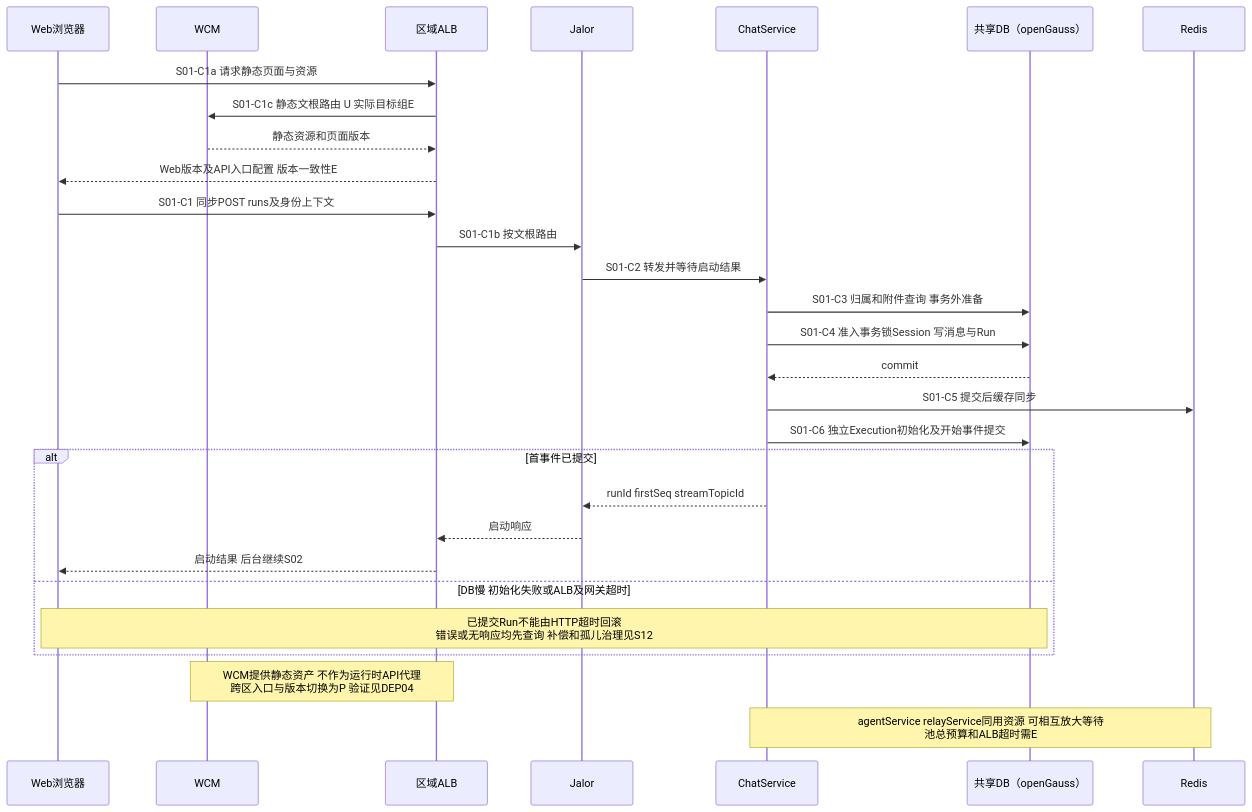
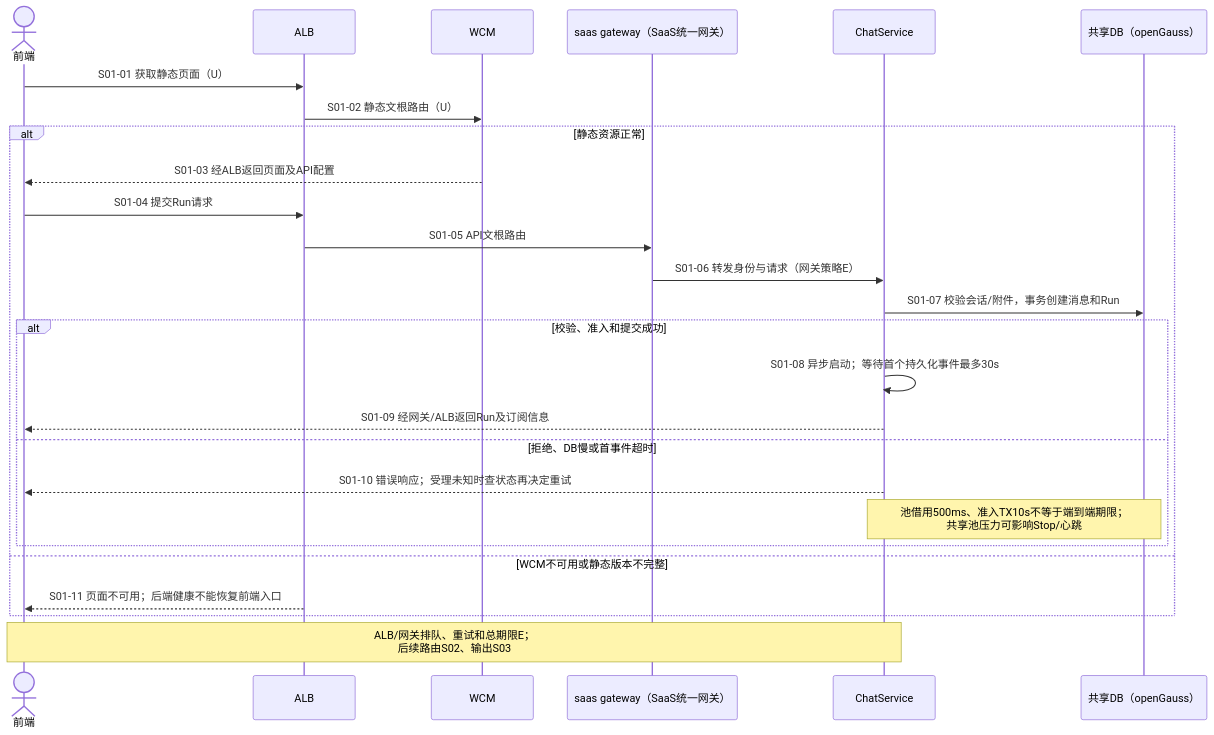
Before and after one commit to kunben-duck/exweb: the first of 12 diagrams in docs/architecture/high-availability/scenarios.md, drawn with Mermaid. The commit also changed other lines of this file and 8 other files, not shown here.

````diff
--- a/docs/architecture/high-availability/scenarios.md
+++ b/docs/architecture/high-availability/scenarios.md
@@ -118,31 +74,28 @@
 ```mermaid
 sequenceDiagram
-    participant U as Web浏览器
-    participant WCM as WCM
-    participant L as 区域ALB
-    participant G as Jalor
-    participant C as ChatService
-    participant D as 共享DB（openGauss）
-    participant R as Redis
-    U->>L: S01-C1a 请求静态页面与资源
-    L->>WCM: S01-C1c 静态文根路由 U 实际目标组E
-    WCM-->>L: 静态资源和页面版本
-    L-->>U: Web版本及API入口配置 版本一致性E
-    U->>L: S01-C1 同步POST runs及身份上下文
-    L->>G: S01-C1b 按文根路由
-    G->>C: S01-C2 转发并等待启动结果
-    C->>D: S01-C3 归属和附件查询 事务外准备
-    C->>D: S01-C4 准入事务锁Session 写消息与Run
-    D-->>C: commit
-    C->>R: S01-C5 提交后缓存同步
-    C->>D: S01-C6 独立Execution初始化及开始事件提交
-    alt 首事件已提交
-        C-->>G: runId firstSeq streamTopicId
-        G-->>L: 启动响应
-        L-->>U: 启动结果 后台继续S02
-    else DB慢 初始化失败或ALB及网关超时
-        Note over U,D: 已提交Run不能由HTTP超时回滚<br/>错误或无响应均先查询 补偿和孤儿治理见S12
+actor WEB as 前端
+    participant ALB
+    participant WCM
+    participant GW as saas gateway（SaaS统一网关）
+    participant CHAT as ChatService
+    participant DB as 共享DB（openGauss）
+    WEB->>ALB: S01-01 获取静态页面（U）
+    ALB->>WCM: S01-02 静态文根路由（U）
+    alt 静态资源正常
+        WCM-->>WEB: S01-03 经ALB返回页面及API配置
+        WEB->>ALB: S01-04 提交Run请求
+        ALB->>GW: S01-05 API文根路由
+        GW->>CHAT: S01-06 转发身份与请求（网关策略E）
+        CHAT->>DB: S01-07 校验会话/附件，事务创建消息和Run
+        alt 校验、准入和提交成功
+            CHAT->>CHAT: S01-08 异步启动；等待首个持久化事件最多30s
+            CHAT-->>WEB: S01-09 经网关/ALB返回Run及订阅信息
+        else 拒绝、DB慢或首事件超时
+            CHAT-->>WEB: S01-10 错误响应；受理未知时查状态再决定重试
+            Note over CHAT,DB: 池借用500ms、准入TX10s不等于端到端期限；<br/>共享池压力可影响Stop/心跳
+        end
+    else WCM不可用或静态版本不完整
+        ALB-->>WEB: S01-11 页面不可用；后端健康不能恢复前端入口
     end
-    Note over WCM,L: WCM提供静态资产 不作为运行时API代理<br/>跨区入口与版本切换为P 验证见DEP04
-    Note over C,R: agentService relayService同用资源 可相互放大等待<br/>池总预算和ALB超时需E
+    Note over WEB,CHAT: ALB/网关排队、重试和总期限E；<br/>后续路由S02、输出S03
 ```
````
